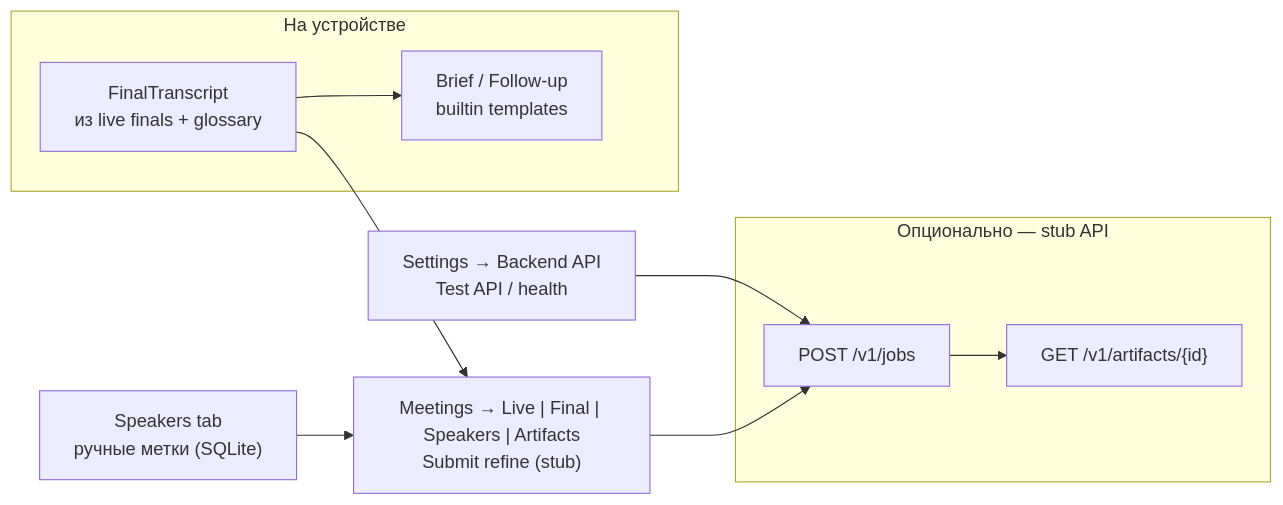
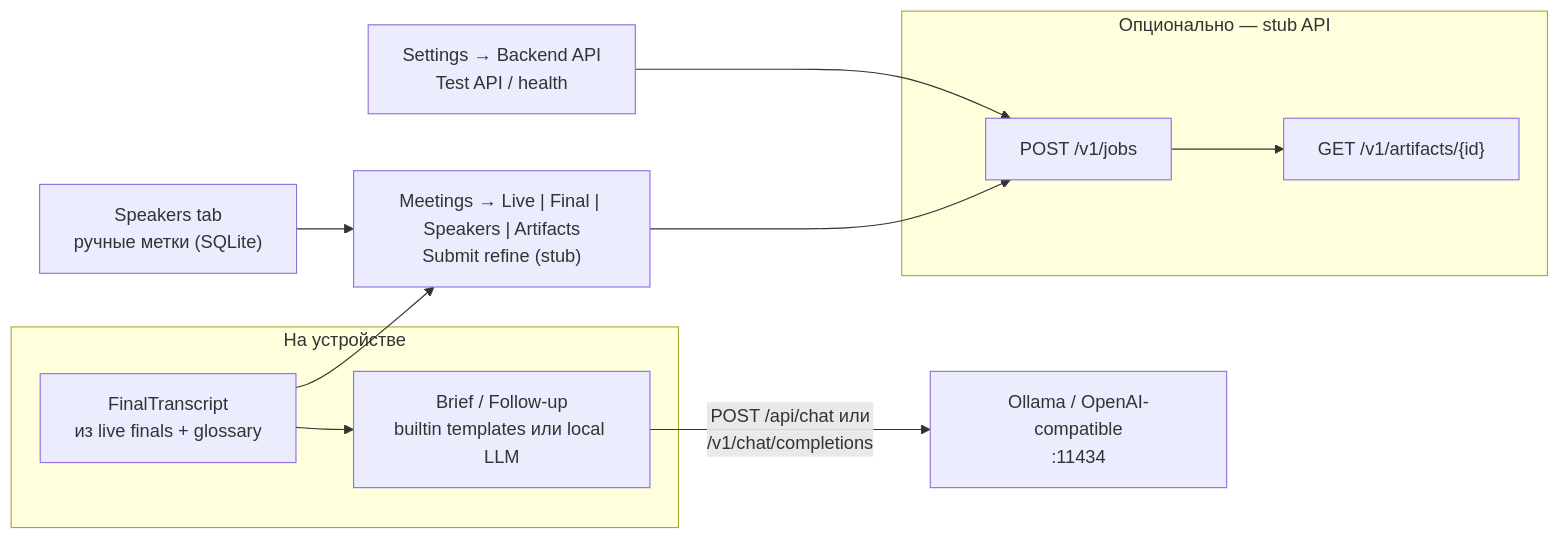
One commit to Vitvitsky/meetingraft changed the third of 3 diagrams in docs/architecture-and-install.md. Above: the diagram before and after it, drawn with Mermaid. The commit also changed other lines of this file and 3 other files, not shown here.

Commit message:
docs: Ollama / OpenAI-compat LLM в backlog/roadmap/install

````diff
--- a/docs/architecture-and-install.md
+++ b/docs/architecture-and-install.md
@@ -84,19 +85,22 @@
 ```mermaid
 flowchart LR
   subgraph local["На устройстве"]
     Final["FinalTranscript\nиз live finals + glossary"]
-    Art["Brief / Follow-up\nbuiltin templates"]
+    Art["Brief / Follow-up\nbuiltin templates или local LLM"]
     Final --> Art
   end
+
+  LLM["Ollama / OpenAI-compatible\n:11434"]
+  Art -->|"POST /api/chat или\n/v1/chat/completions"| LLM
 
   subgraph optional["Опционально — stub API"]
     Jobs["POST /v1/jobs"]
     Artifacts["GET /v1/artifacts/{id}"]
     Jobs --> Artifacts
   end
 
   Settings["Settings → Backend API\nTest API / health"] --> Jobs
   Meetings["Meetings → Live | Final | Speakers | Artifacts\nSubmit refine (stub)"] --> Jobs
   Final --> Meetings
   Speakers["Speakers tab\nручные метки (SQLite)"] --> Meetings
 ```
````
